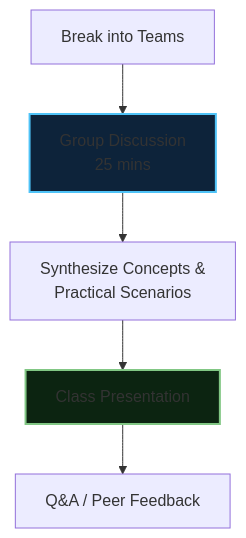
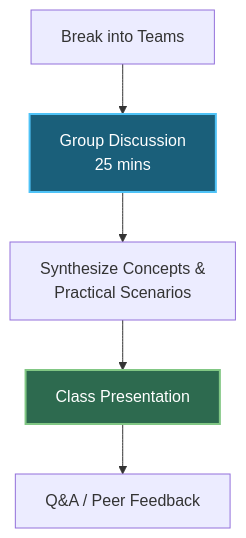
Before and after one commit to TheCodeheadMT/471Book: the diagram in book/lessons/9/workshop_review.md, drawn with Mermaid. The commit also changed 8 other files, not shown here.

````diff
--- a/book/lessons/9/workshop_review.md
+++ b/book/lessons/9/workshop_review.md
@@ -11,9 +11,9 @@
 ```{mermaid}
 flowchart TB
     A[Break into Teams] --> B[Group Discussion <br/> 25 mins]
     B --> C[Synthesize Concepts & <br/> Practical Scenarios]
     C --> D[Class Presentation]
     D --> E[Q&A / Peer Feedback]
-    style B fill:#0d233a,stroke:#4fc3f7,stroke-width:2px
-    style D fill:#0c2411,stroke:#81c784,stroke-width:2px
+    style B fill:#1a5f7a,stroke:#4fc3f7,stroke-width:2px,color:#ffffff
+    style D fill:#2d6a4f,stroke:#81c784,stroke-width:2px,color:#ffffff
 ```
````
